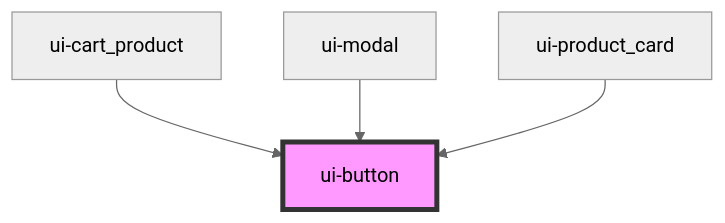
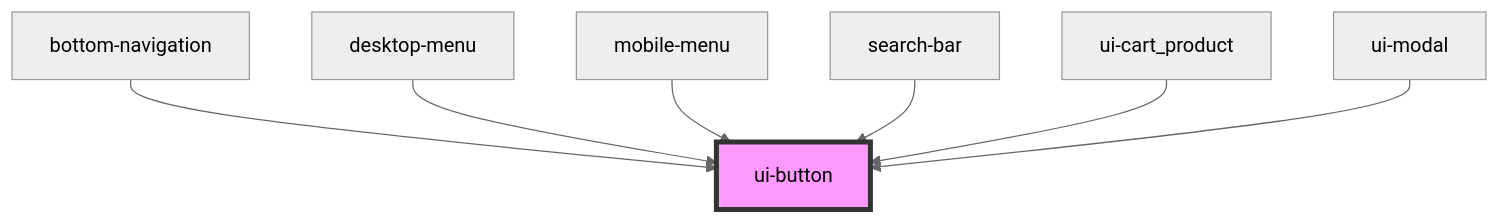
One commit to ankitghanekar-hcl/ui-shared-web-components changed the diagram in src/components/ui-button/readme.md. Above: the diagram before and after it, drawn with Mermaid (neutral theme). The commit also changed other lines of this file and 18 other files, not shown here.

````diff
--- a/src/components/ui-button/readme.md
+++ b/src/components/ui-button/readme.md
@@ -26,7 +29,10 @@
 ```mermaid
 graph TD;
+  bottom-navigation --> ui-button
+  desktop-menu --> ui-button
+  mobile-menu --> ui-button
+  search-bar --> ui-button
   ui-cart_product --> ui-button
   ui-modal --> ui-button
-  ui-product_card --> ui-button
   style ui-button fill:#f9f,stroke:#333,stroke-width:4px
 ```
````
